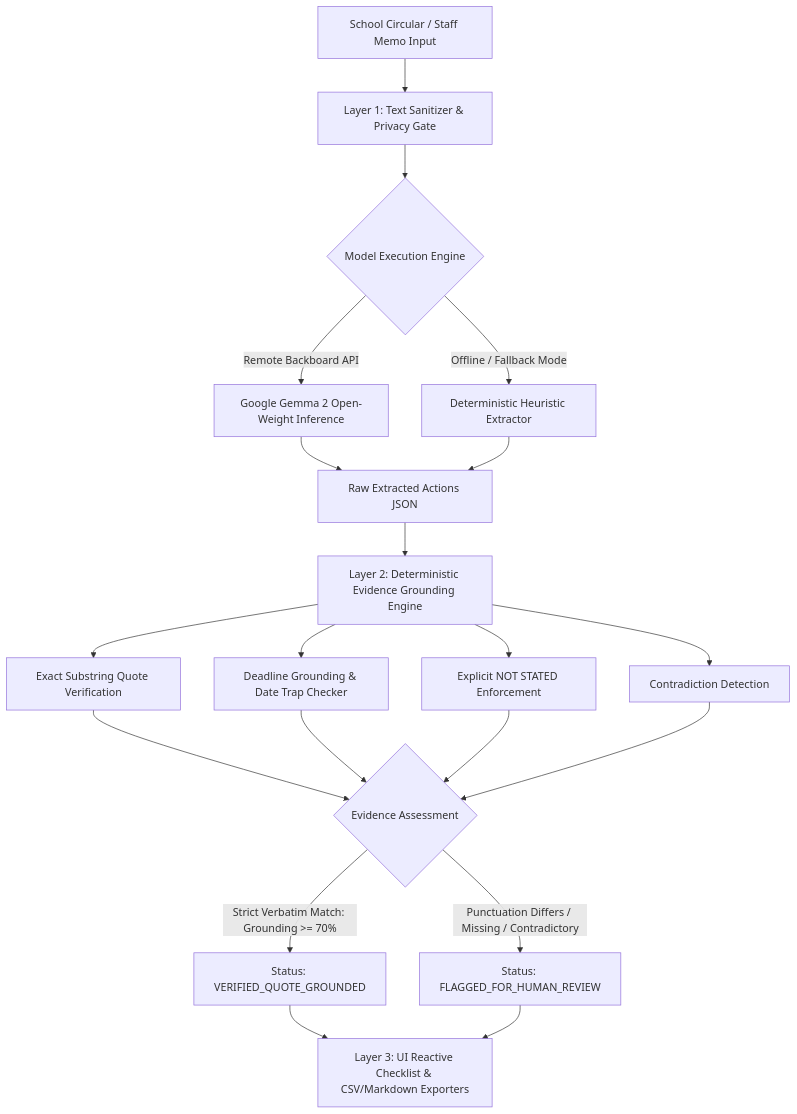
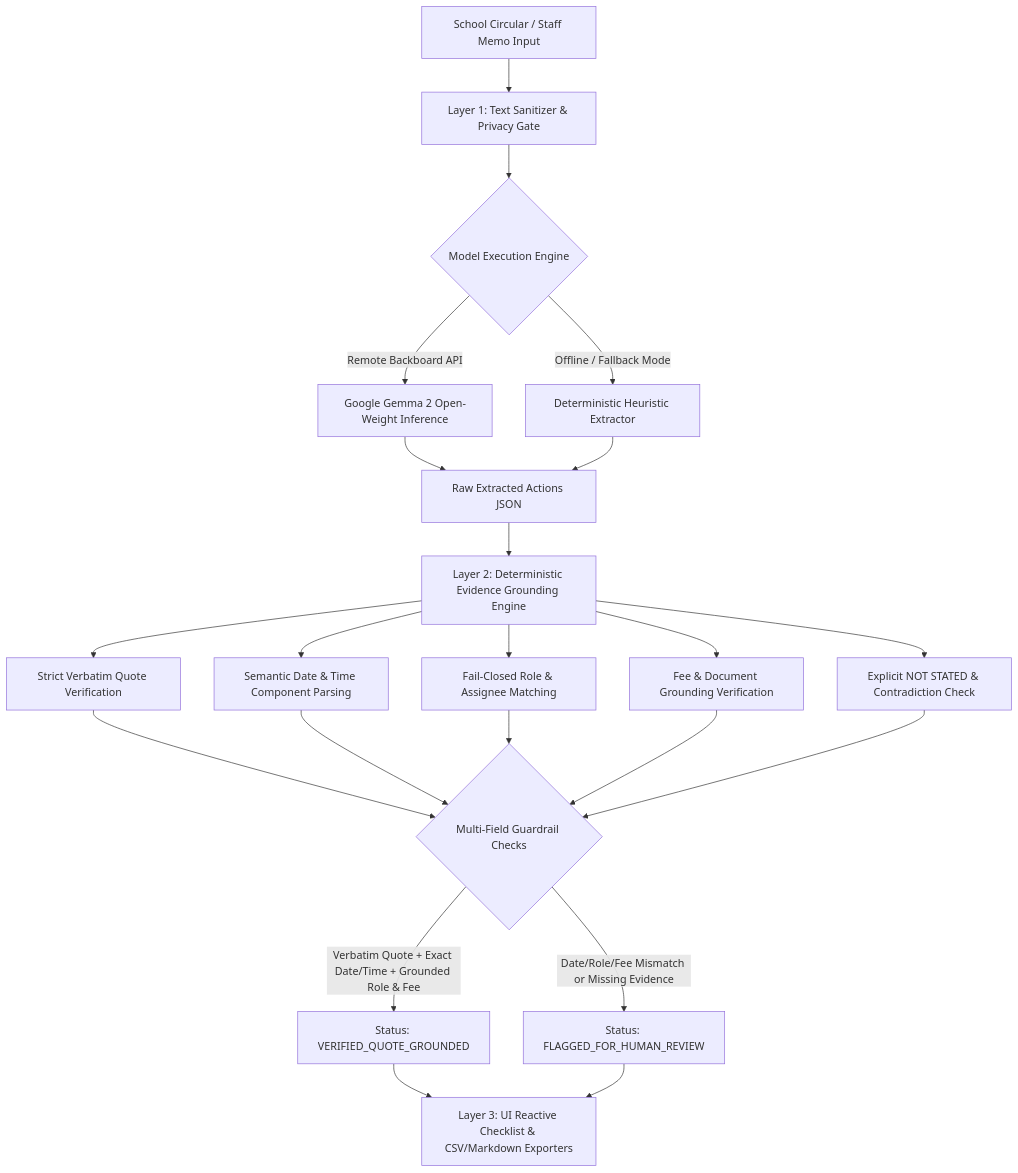
Before and after one commit to diusazzad/notice2next: the diagram in DEV_ARTICLE_SUBMISSION.md, drawn with Mermaid. The commit also changed other lines of this file and 3 other files, not shown here.

Commit message:
fix(validator): resolve date ambiguity, partial role matching, and fee grounding; reconcile docs

````diff
--- a/DEV_ARTICLE_SUBMISSION.md
+++ b/DEV_ARTICLE_SUBMISSION.md
@@ -54,18 +54,19 @@
 ```mermaid
 flowchart TD
     A[School Circular / Staff Memo Input] --> B[Layer 1: Text Sanitizer & Privacy Gate]
     B --> C{Model Execution Engine}
     C -->|Remote Backboard API| D[Google Gemma 2 Open-Weight Inference]
     C -->|Offline / Fallback Mode| E[Deterministic Heuristic Extractor]
     D --> F[Raw Extracted Actions JSON]
     E --> F
     F --> G[Layer 2: Deterministic Evidence Grounding Engine]
-    G --> H[Exact Substring Quote Verification]
-    G --> I[Deadline Grounding & Date Trap Checker]
-    G --> J[Explicit NOT STATED Enforcement]
-    G --> K[Contradiction Detection]
-    H & I & J & K --> L{Evidence Assessment}
-    L -->|Strict Verbatim Match: Grounding >= 70%| M[Status: VERIFIED_QUOTE_GROUNDED]
-    L -->|Punctuation Differs / Missing / Contradictory| N[Status: FLAGGED_FOR_HUMAN_REVIEW]
-    M & N --> O[Layer 3: UI Reactive Checklist & CSV/Markdown Exporters]
+    G --> H[Strict Verbatim Quote Verification]
+    G --> I[Semantic Date & Time Component Parsing]
+    G --> J[Fail-Closed Role & Assignee Matching]
+    G --> K[Fee & Document Grounding Verification]
+    G --> L[Explicit NOT STATED & Contradiction Check]
+    H & I & J & K & L --> M{Multi-Field Guardrail Checks}
+    M -->|Verbatim Quote + Exact Date/Time + Grounded Role & Fee| N[Status: VERIFIED_QUOTE_GROUNDED]
+    M -->|Date/Role/Fee Mismatch or Missing Evidence| O[Status: FLAGGED_FOR_HUMAN_REVIEW]
+    N & O --> P[Layer 3: UI Reactive Checklist & CSV/Markdown Exporters]
 ```
````
